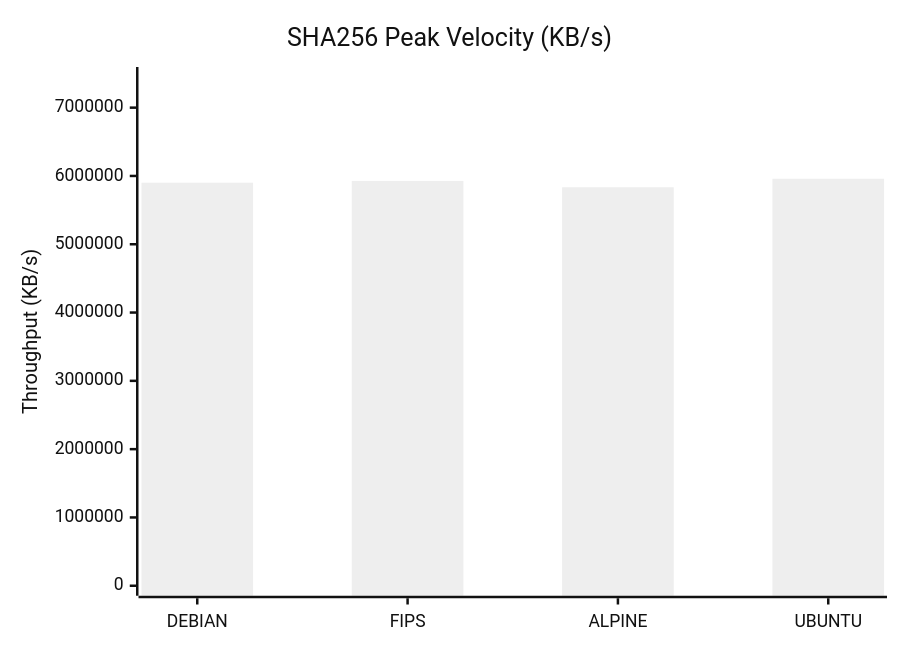
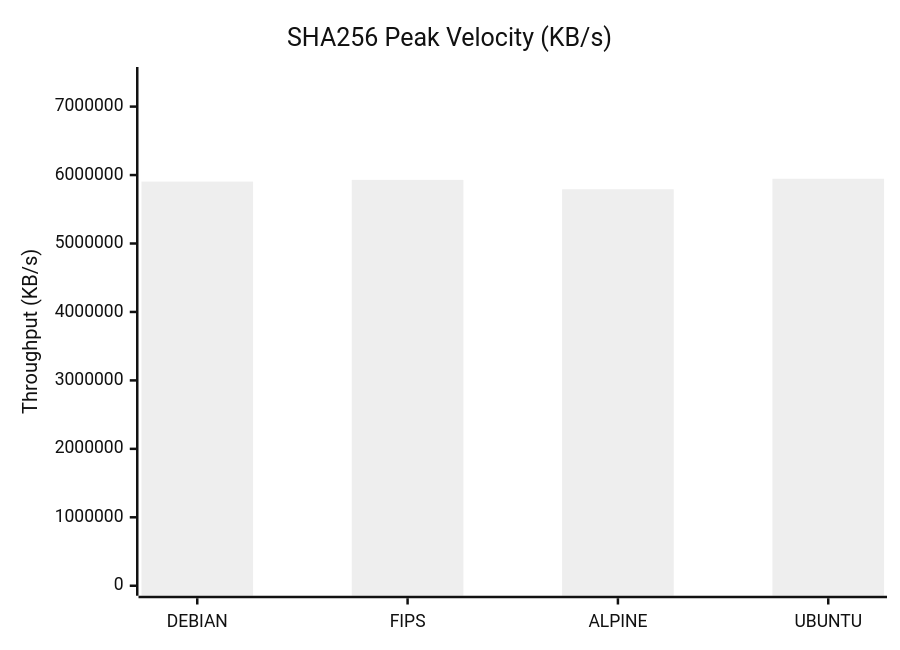
One commit to taha2samy/openssl_fips changed the second of 9 diagrams in docs/Comparison_Report.md. Above: the diagram before and after it, drawn with Mermaid (neutral theme). The commit also changed other lines of this file and 2 other files, not shown here.

````diff
--- a/docs/Comparison_Report.md
+++ b/docs/Comparison_Report.md
@@ -65,7 +65,7 @@
 ```mermaid
 xychart-beta
     title "SHA256 Peak Velocity (KB/s)"
     x-axis [DEBIAN, FIPS, ALPINE, UBUNTU]
-    y-axis "Throughput (KB/s)" 0 --> 7448739
-    bar [5900886.02, 5927436.29, 5834326.02, 5958991.87]
+    y-axis "Throughput (KB/s)" 0 --> 7432448
+    bar [5904850.94, 5929312.26, 5792120.83, 5945958.4]
 ```
````
